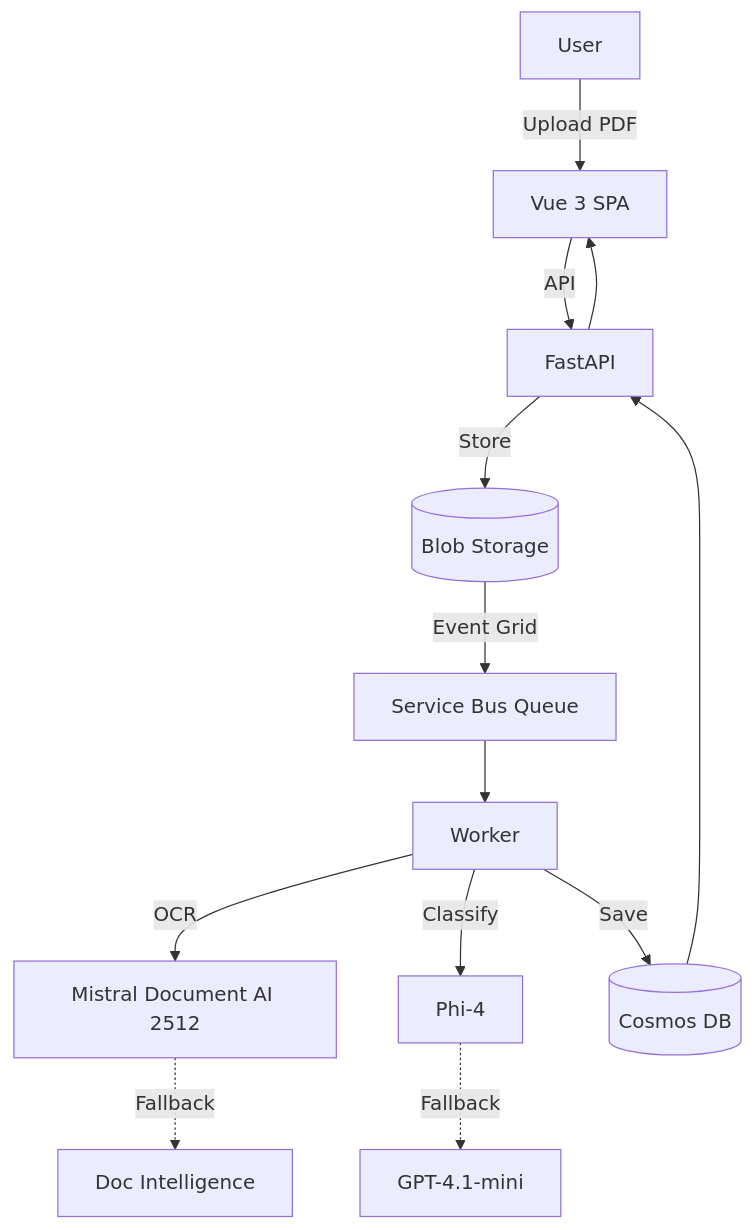
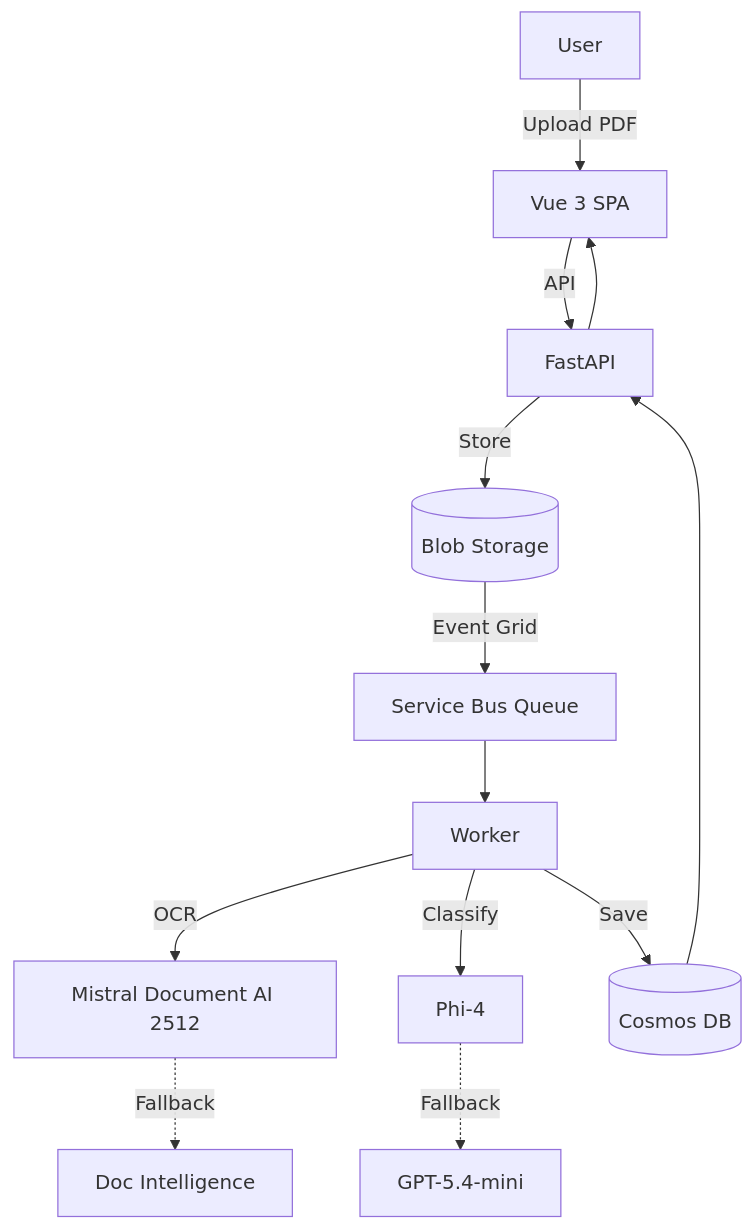
Before and after one commit to olivMertens/ClassyMail: the second of 2 diagrams in README.md, drawn with Mermaid. The commit also changed other lines of this file and 49 other files, not shown here.

First line of the commit message:
feat(models): migrate defaults off Deprecated GPT-4.1 to gpt-6-luna, gpt-5.4-mini, gpt-6-sol

````diff
--- a/README.md
+++ b/README.md
@@ -170,15 +171,15 @@
 ```mermaid
 flowchart TD
     user[User] -->|Upload PDF| ui["Vue 3 SPA"]
     ui -->|API| api["FastAPI"]
     api -->|Store| blob[("Blob Storage")]
     blob -->|Event Grid| sbq["Service Bus Queue"]
     sbq --> worker["Worker"]
     worker -->|OCR| ocr["Mistral Document AI 2512"]
     ocr -.->|Fallback| di["Doc Intelligence"]
     worker -->|Classify| phi4["Phi-4"]
-    phi4 -.->|Fallback| gpt["GPT-4.1-mini"]
+    phi4 -.->|Fallback| gpt["GPT-5.4-mini"]
     worker -->|Save| cosmos[("Cosmos DB")]
     cosmos --> api
     api --> ui
 ```
````
